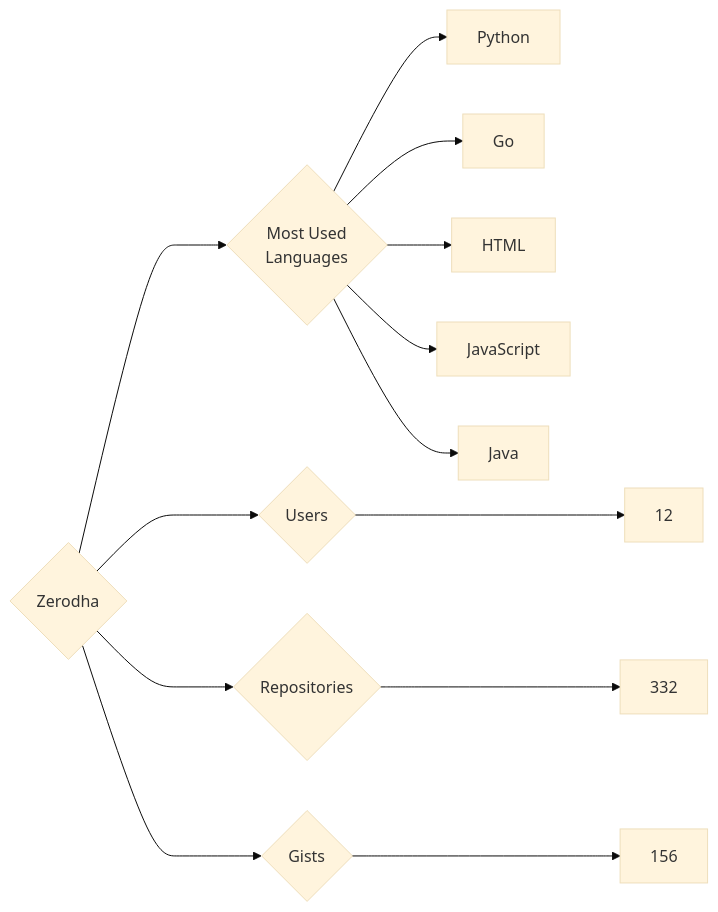
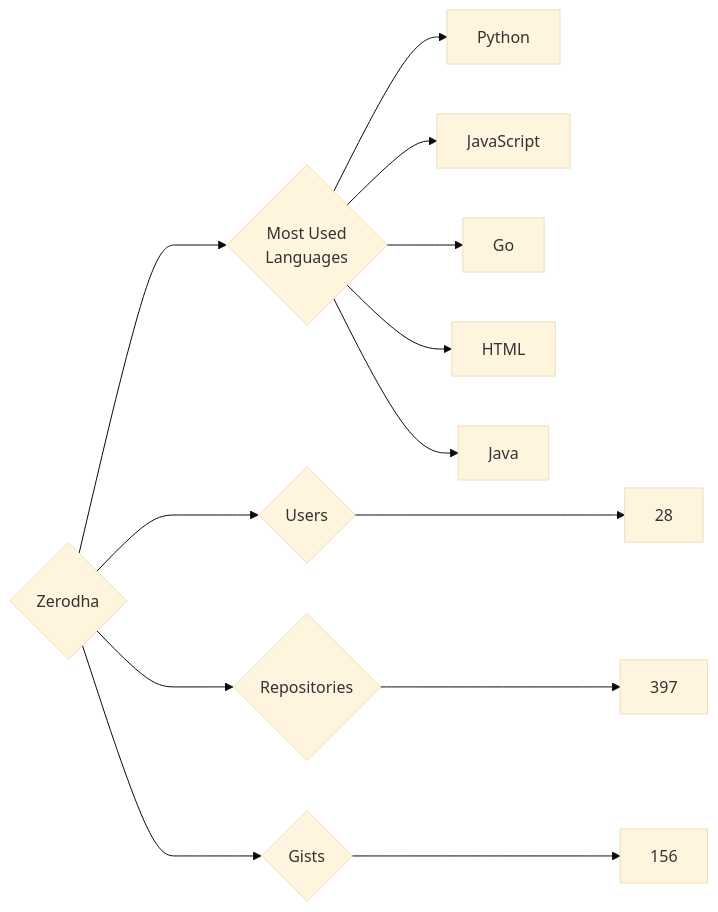
Before and after one commit to trickest/insiders: the diagram in targets/Zerodha/README.md, drawn with Mermaid (base theme). The commit also changed 814 other files, not shown here.

````diff
--- a/targets/Zerodha/README.md
+++ b/targets/Zerodha/README.md
@@ -3,13 +3,13 @@
 ```mermaid
 graph LR
 COMPANY_NAME{Zerodha}
-COMPANY_NAME ---> U{Users} ---> UN[12]
-COMPANY_NAME ---> R{Repositories} ---> RN[332]
+COMPANY_NAME ---> U{Users} ---> UN[28]
+COMPANY_NAME ---> R{Repositories} ---> RN[397]
 COMPANY_NAME ---> G{Gists} ---> GN[156]
 COMPANY_NAME ---> ML{Most Used<br>Languages}
 ML --> Python[Python]
+ML --> JavaScript[JavaScript]
 ML --> Go[Go]
 ML --> HTML[HTML]
-ML --> JavaScript[JavaScript]
 ML --> Java[Java]
 ```
````
